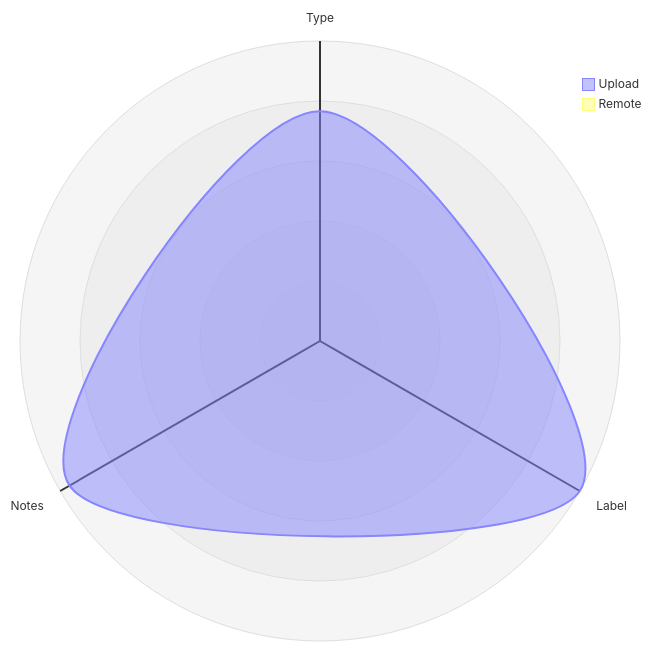
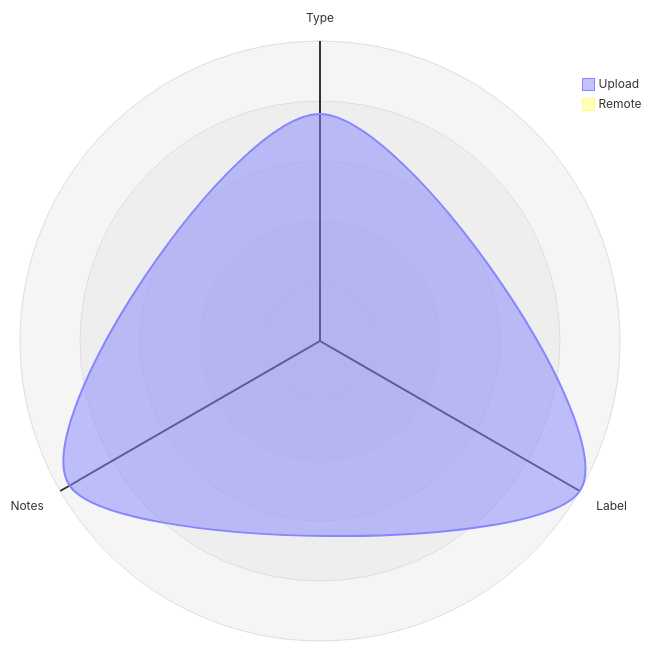
The third of 5 diagrams in datastore_tracker/README.md (open-data/analytics-corporate-reporting), drawn with Mermaid before and after one commit. The commit also changed other lines of this file and 9 other files, not shown here.

````diff
--- a/datastore_tracker/README.md
+++ b/datastore_tracker/README.md
@@ -128,12 +132,12 @@
 ```mermaid
 radar-beta
   axis T["Type"], L["Label"], N["Notes"]
-  curve u["Upload"]{0.00085, 0.00111, 0.00107}
+  curve u["Upload"]{0.00084, 0.00111, 0.00107}
   curve r["Remote"]{0, 0, 0}
 
   showLegend true
 
   min 0
   graticule circle
   ticks 5
 ```
````
